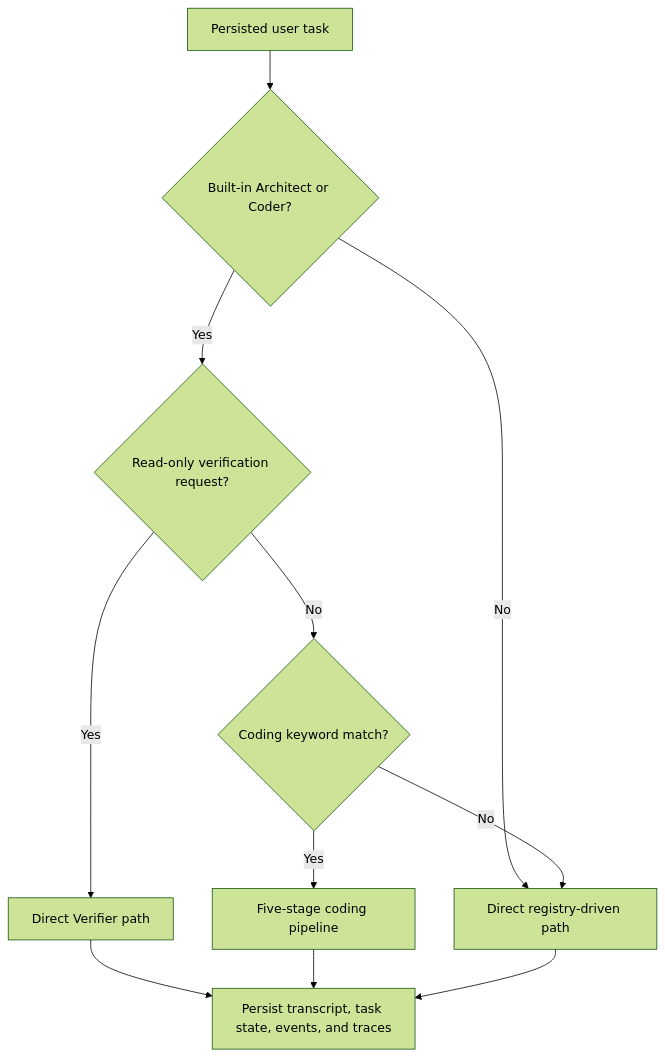
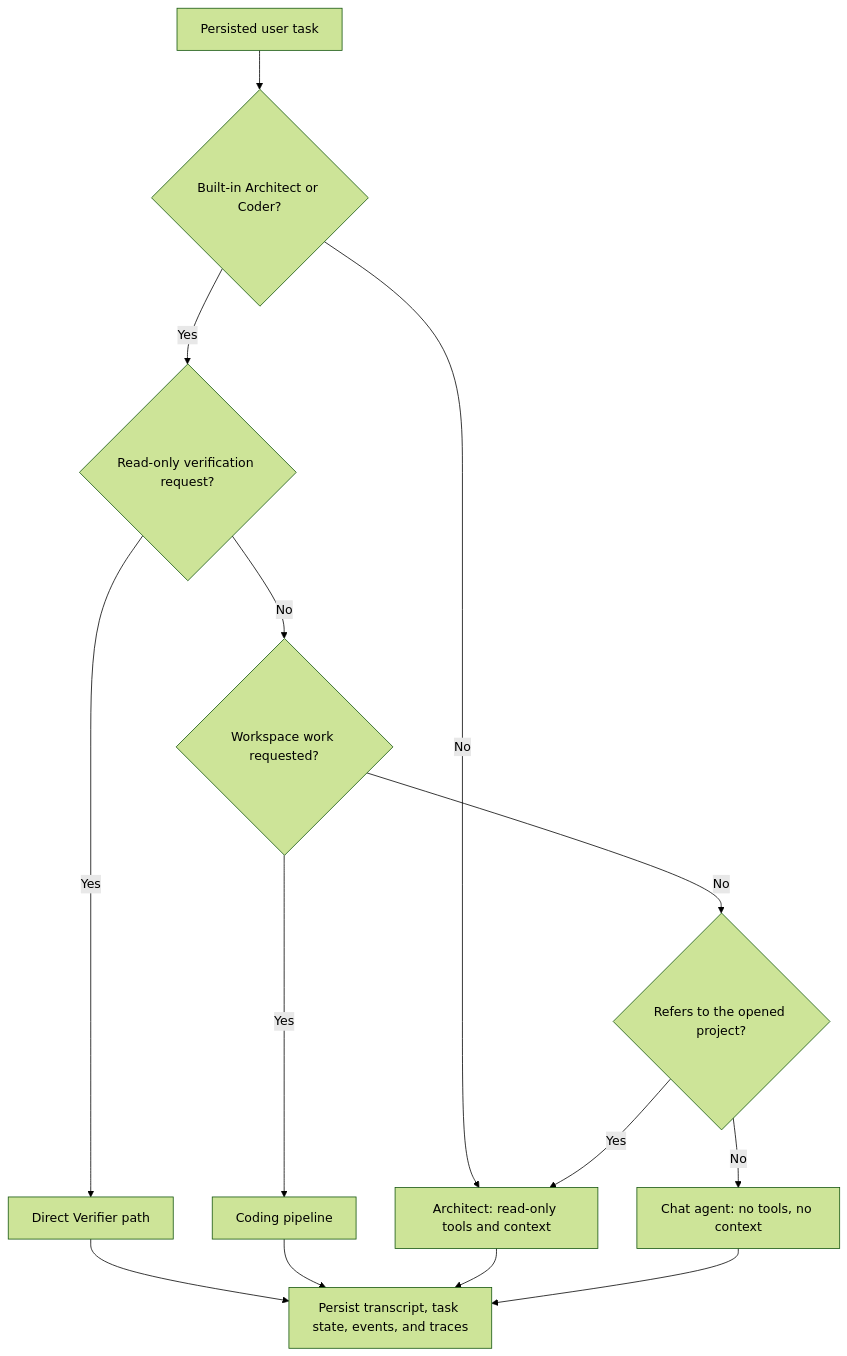
Before and after one commit to Singularityy0/AgentZero: the third of 5 diagrams in docs/ARCHITECTURE_AND_STATUS.md, drawn with Mermaid (forest theme). The commit also changed other lines of this file and 30 other files, not shown here.

````diff
--- a/docs/ARCHITECTURE_AND_STATUS.md
+++ b/docs/ARCHITECTURE_AND_STATUS.md
@@ -151,14 +151,17 @@
 ```mermaid
 flowchart TD
     Prompt[Persisted user task] --> Eligible{Built-in Architect or Coder?}
     Eligible -->|No| Direct[Direct registry-driven path]
     Eligible -->|Yes| VerifyOnly{Read-only verification request?}
     VerifyOnly -->|Yes| Verifier[Direct Verifier path]
-    VerifyOnly -->|No| Coding{Coding keyword match?}
-    Coding -->|Yes| Pipeline[Five-stage coding pipeline]
-    Coding -->|No| Direct
+    VerifyOnly -->|No| Work{Workspace work requested?}
+    Work -->|Yes| Pipeline[Coding pipeline]
+    Work -->|No| About{Refers to the opened project?}
+    About -->|Yes| Direct[Architect: read-only tools and context]
+    About -->|No| Chat[Chat agent: no tools, no context]
 
     Verifier --> Finish[Persist transcript, task state, events, and traces]
     Pipeline --> Finish
     Direct --> Finish
+    Chat --> Finish
 ```
````
